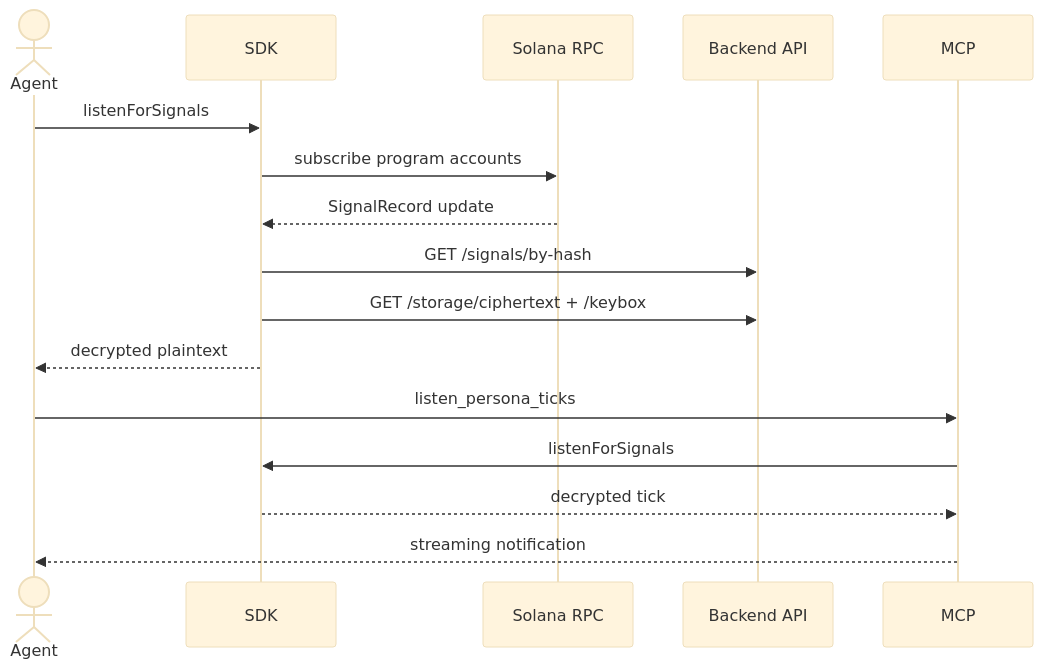
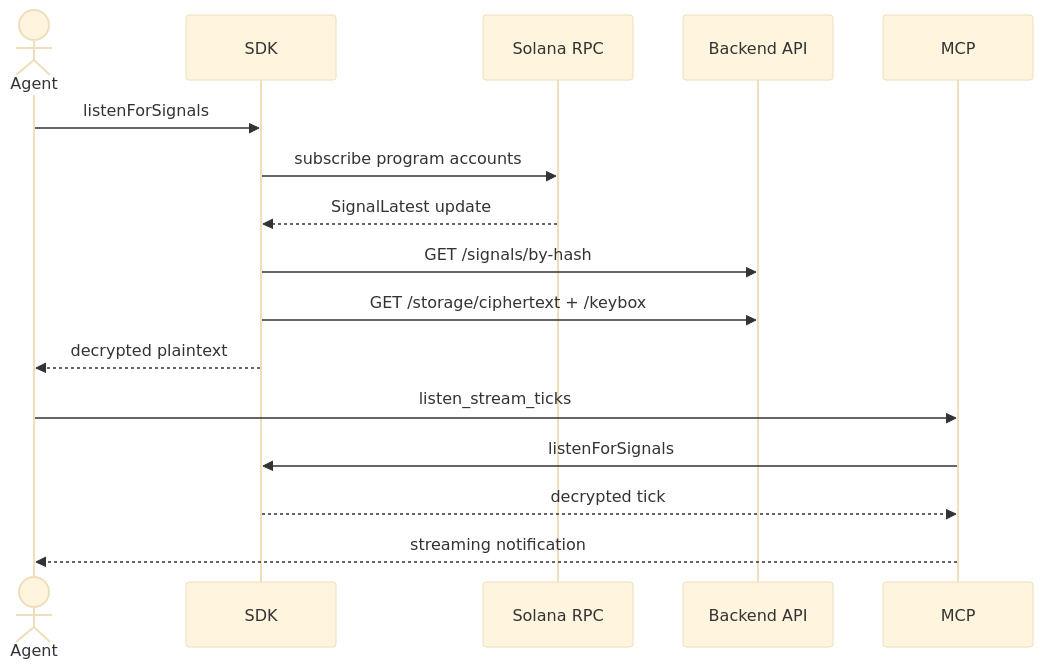
The sixth of 6 diagrams in documents/Sequence_Diagrams.md (heemankv/sigints.club), drawn with Mermaid (base theme) before and after one commit. The commit also changed other lines of this file and 137 other files, not shown here.

Commit message:
Update Tapestry-first flow and docs

````diff
--- a/documents/Sequence_Diagrams.md
+++ b/documents/Sequence_Diagrams.md
@@ -146,20 +141,20 @@
 ```mermaid
 sequenceDiagram
   actor Agent
   participant SDK
   participant RPC as Solana RPC
   participant API as Backend API
   participant MCP
 
   Agent->>SDK: listenForSignals
   SDK->>RPC: subscribe program accounts
-  RPC-->>SDK: SignalRecord update
+  RPC-->>SDK: SignalLatest update
   SDK->>API: GET /signals/by-hash
   SDK->>API: GET /storage/ciphertext + /keybox
   SDK-->>Agent: decrypted plaintext
 
-  Agent->>MCP: listen_persona_ticks
+  Agent->>MCP: listen_stream_ticks
   MCP->>SDK: listenForSignals
   SDK-->>MCP: decrypted tick
   MCP-->>Agent: streaming notification
 ```
````
